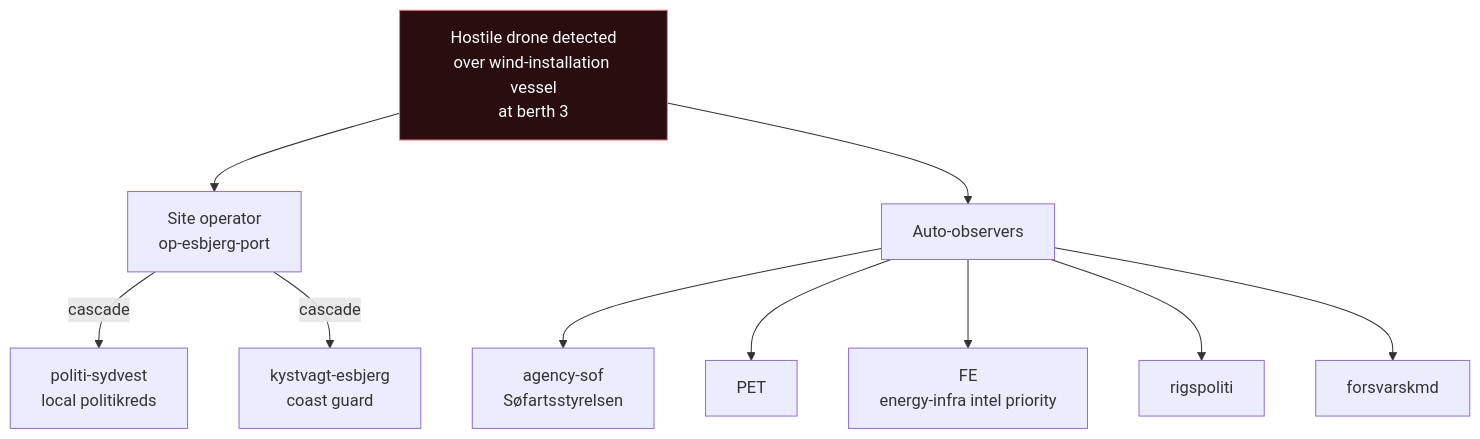
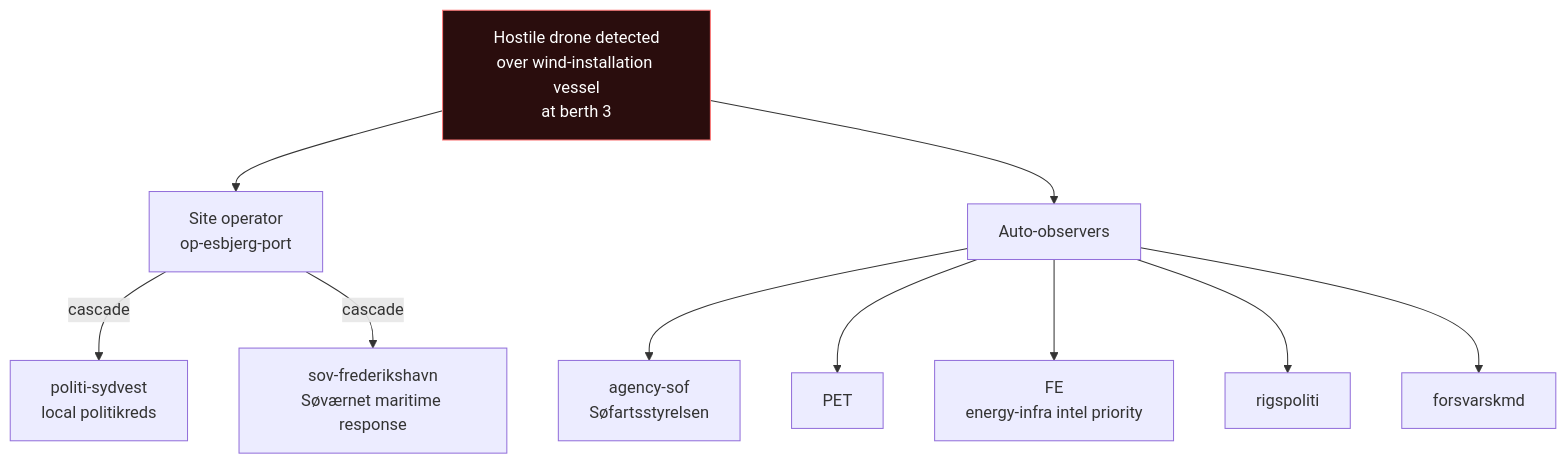
One commit to Luckyluc321/ISR-Systems-c2-platform changed the second of 4 diagrams in docs/sites/esbjerg-port.md. Above: the diagram before and after it, drawn with Mermaid. The commit also changed other lines of this file and 4 other files, not shown here.

````diff
--- a/docs/sites/esbjerg-port.md
+++ b/docs/sites/esbjerg-port.md
@@ -68,14 +70,14 @@
 ```mermaid
 flowchart TD
   E["Hostile drone detected<br/>over wind-installation vessel<br/>at berth 3"]
   E --> OPS[Site operator<br/>op-esbjerg-port]
   E --> AUTO["Auto-observers"]
   AUTO --> SOF[agency-sof<br/>Søfartsstyrelsen]
   AUTO --> PET
   AUTO --> FE[FE<br/>energy-infra intel priority]
   AUTO --> RIGSP[rigspoliti]
   AUTO --> FORSK[forsvarskmd]
   OPS -->|cascade| POLSV[politi-sydvest<br/>local politikreds]
-  OPS -->|cascade| KYSTVAKT[kystvagt-esbjerg<br/>coast guard]
+  OPS -->|cascade| SOV[sov-frederikshavn<br/>Søværnet maritime response]
   style E fill:#2a0d0d,stroke:#ff7878,color:#fff
 ```
````
